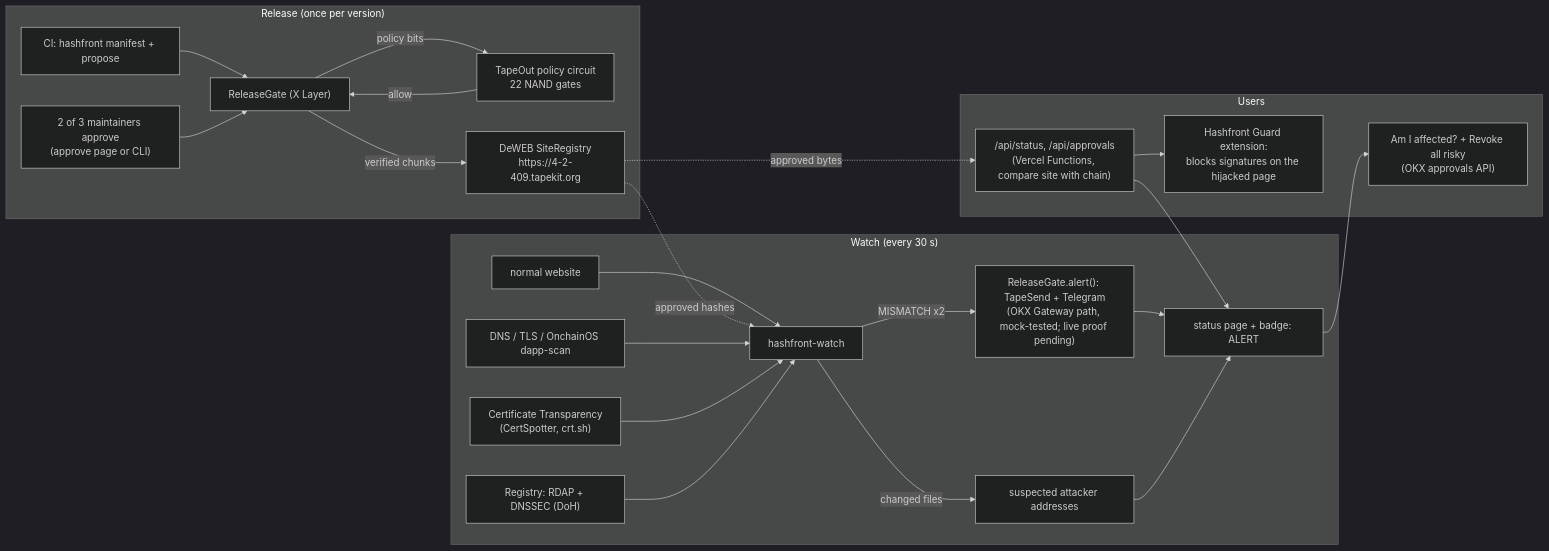
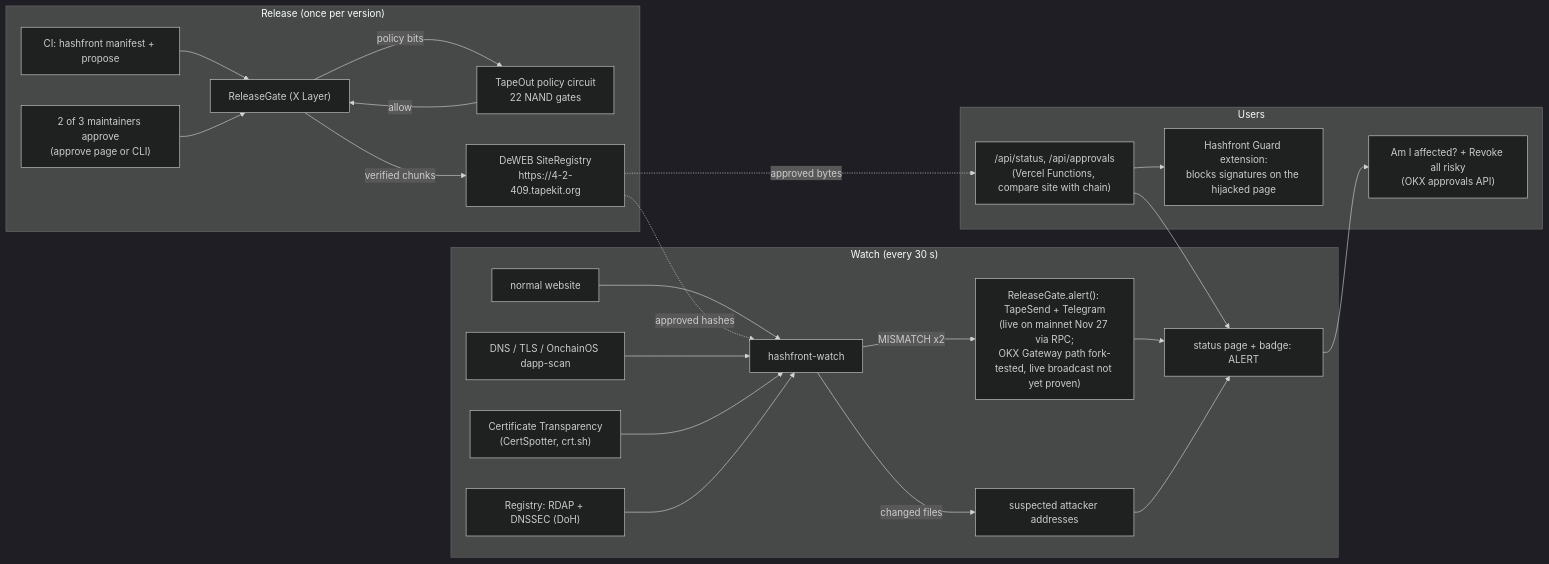
One commit to syther069/hashfront changed the diagram in README.md. Above: the diagram before and after it, drawn with Mermaid (dark theme). The commit also changed other lines of this file and 4 other files, not shown here.

````diff
--- a/README.md
+++ b/README.md
@@ -119,28 +119,28 @@
 ```mermaid
 flowchart LR
   subgraph Release["Release (once per version)"]
     CI["CI: hashfront manifest + propose"] --> Gate
     M["2 of 3 maintainers approve<br/>(approve page or CLI)"] --> Gate
     Gate["ReleaseGate (X Layer)"] -->|"policy bits"| Circuit["TapeOut policy circuit<br/>22 NAND gates"]
     Circuit -->|"allow"| Gate
     Gate -->|"verified chunks"| DeWEB["DeWEB SiteRegistry<br/>https://4-2-409.tapekit.org"]
   end
   subgraph Watch["Watch (every 30 s)"]
     Site["normal website"] --> Watcher["hashfront-watch"]
     DeWEB -.->|"approved hashes"| Watcher
     DNS["DNS / TLS / OnchainOS dapp-scan"] --> Watcher
     CT["Certificate Transparency<br/>(CertSpotter, crt.sh)"] --> Watcher
     RDAP["Registry: RDAP + DNSSEC (DoH)"] --> Watcher
-    Watcher -->|"MISMATCH x2"| Alert["ReleaseGate.alert(): TapeSend + Telegram<br/>(OKX Gateway path, mock-tested; live proof pending)"]
+    Watcher -->|"MISMATCH x2"| Alert["ReleaseGate.alert(): TapeSend + Telegram<br/>(live on mainnet Nov 27 via RPC;<br/>OKX Gateway path fork-tested, live broadcast not yet proven)"]
     Watcher -->|"changed files"| Suspects["suspected attacker addresses"]
     Alert --> Status["status page + badge: ALERT"]
   end
   subgraph Users["Users"]
     API["/api/status, /api/approvals<br/>(Vercel Functions, compare site with chain)"]
     DeWEB -.->|"approved bytes"| API
     API --> Guard["Hashfront Guard extension:<br/>blocks signatures on the hijacked page"]
     API --> Status
     Suspects --> Status
     Status --> Revoke["Am I affected? + Revoke all risky<br/>(OKX approvals API)"]
   end
 ```
````
